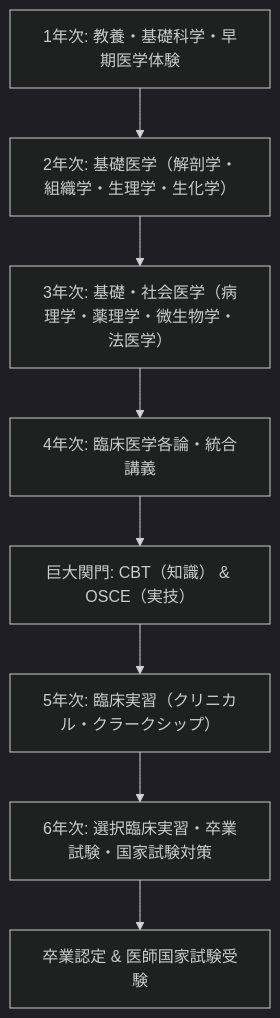
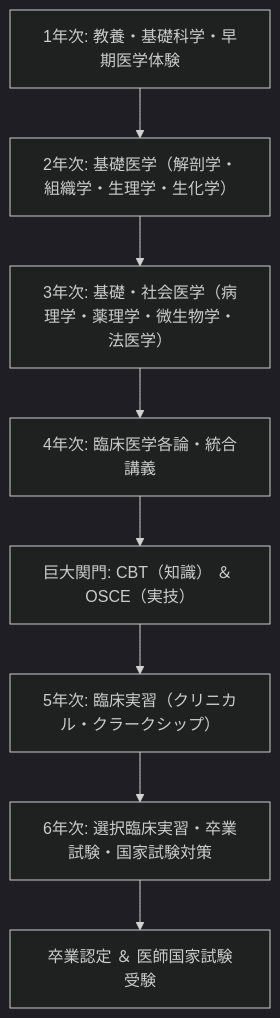
Before and after one commit to kenjinote/blog: the second of 7 diagrams in content/post/medical-doctor-education-qualifications-specialties/index.md, drawn with Mermaid (dark theme). The commit also changed other lines of this file and 12 other files, not shown here.

Commit message:
fix(medical-doctor): resolve mermaid syntax error in subgraph and fix unrendered bold asterisks

````diff
--- a/content/post/medical-doctor-education-qualifications-specialties/index.md
+++ b/content/post/medical-doctor-education-qualifications-specialties/index.md
@@ -66,10 +66,10 @@
 ```mermaid
 flowchart TD
     M1["1年次: 教養・基礎科学・早期医学体験"] --> M2["2年次: 基礎医学（解剖学・組織学・生理学・生化学）"]
     M2 --> M3["3年次: 基礎・社会医学（病理学・薬理学・微生物学・法医学）"]
     M3 --> M4["4年次: 臨床医学各論・統合講義"]
-    M4 --> EXAM["巨大関門: CBT（知識） & OSCE（実技）"]
+    M4 --> EXAM["巨大関門: CBT（知識） ＆ OSCE（実技）"]
     EXAM --> M5["5年次: 臨床実習（クリニカル・クラークシップ）"]
     M5 --> M6["6年次: 選択臨床実習・卒業試験・国家試験対策"]
-    M6 --> GRAD["卒業認定 & 医師国家試験受験"]
+    M6 --> GRAD["卒業認定 ＆ 医師国家試験受験"]
 ```
````
